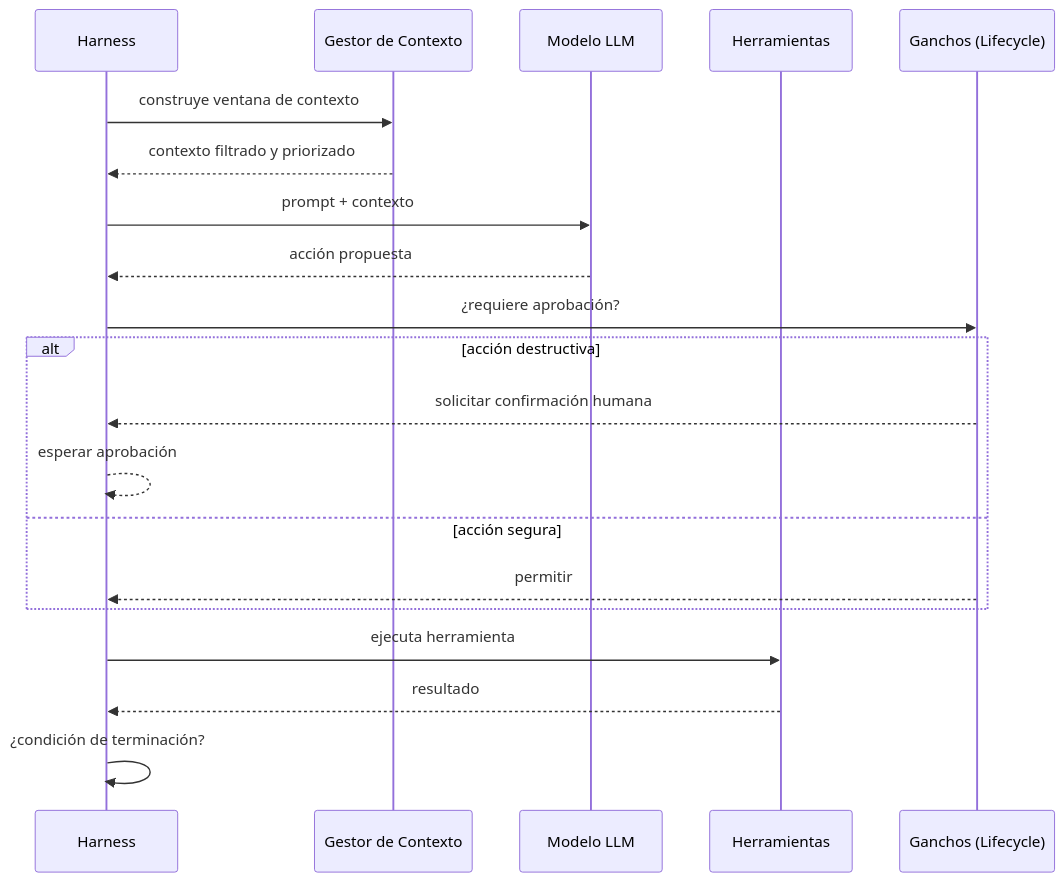
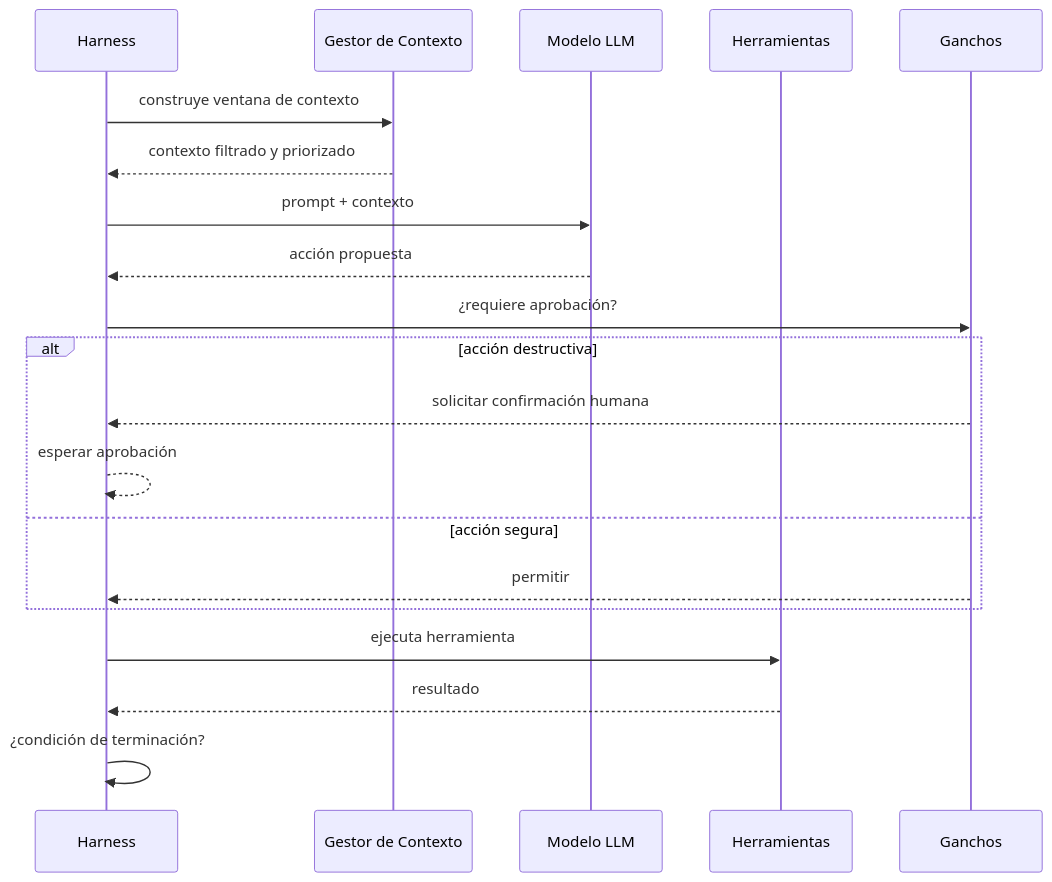
One commit to rcm-on/quarz-blog changed the second of 4 diagrams in content/04 Arquitectura IA/harness-engineering-agentes-ia.md. Above: the diagram before and after it, drawn with Mermaid. The commit also changed other lines of this file and 3 other files, not shown here.

````diff
--- a/content/04 Arquitectura IA/harness-engineering-agentes-ia.md
+++ b/content/04 Arquitectura IA/harness-engineering-agentes-ia.md
@@ -55,23 +55,23 @@
 ```mermaid
 sequenceDiagram
     participant H as Harness
     participant C as Gestor de Contexto
     participant M as Modelo LLM
     participant T as Herramientas
-    participant L as Ganchos (Lifecycle)
+    participant L as Ganchos
 
     H->>C: construye ventana de contexto
     C-->>H: contexto filtrado y priorizado
     H->>M: prompt + contexto
     M-->>H: acción propuesta
     H->>L: ¿requiere aprobación?
     alt acción destructiva
         L-->>H: solicitar confirmación humana
         H-->>H: esperar aprobación
     else acción segura
         L-->>H: permitir
     end
     H->>T: ejecuta herramienta
     T-->>H: resultado
     H->>H: ¿condición de terminación?
 ```
````
